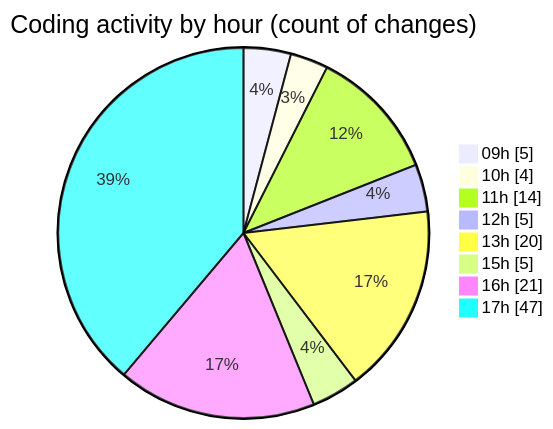
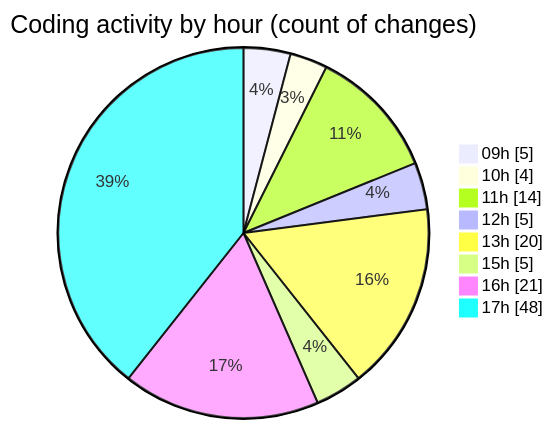
The second of 2 diagrams in 2025-09-11/cda/README.md (momahboobian/code-tracking), drawn with Mermaid before and after one commit. The commit also changed other lines of this file and 1 other file, not shown here.

````diff
--- a/2025-09-11/cda/README.md
+++ b/2025-09-11/cda/README.md
@@ -41,12 +41,12 @@
 ```mermaid
 pie showData
 title Coding activity by hour (count of changes)
 "09h" : 5
 "10h" : 4
 "11h" : 14
 "12h" : 5
 "13h" : 20
 "15h" : 5
 "16h" : 21
-"17h" : 47
+"17h" : 48
 ```
````
